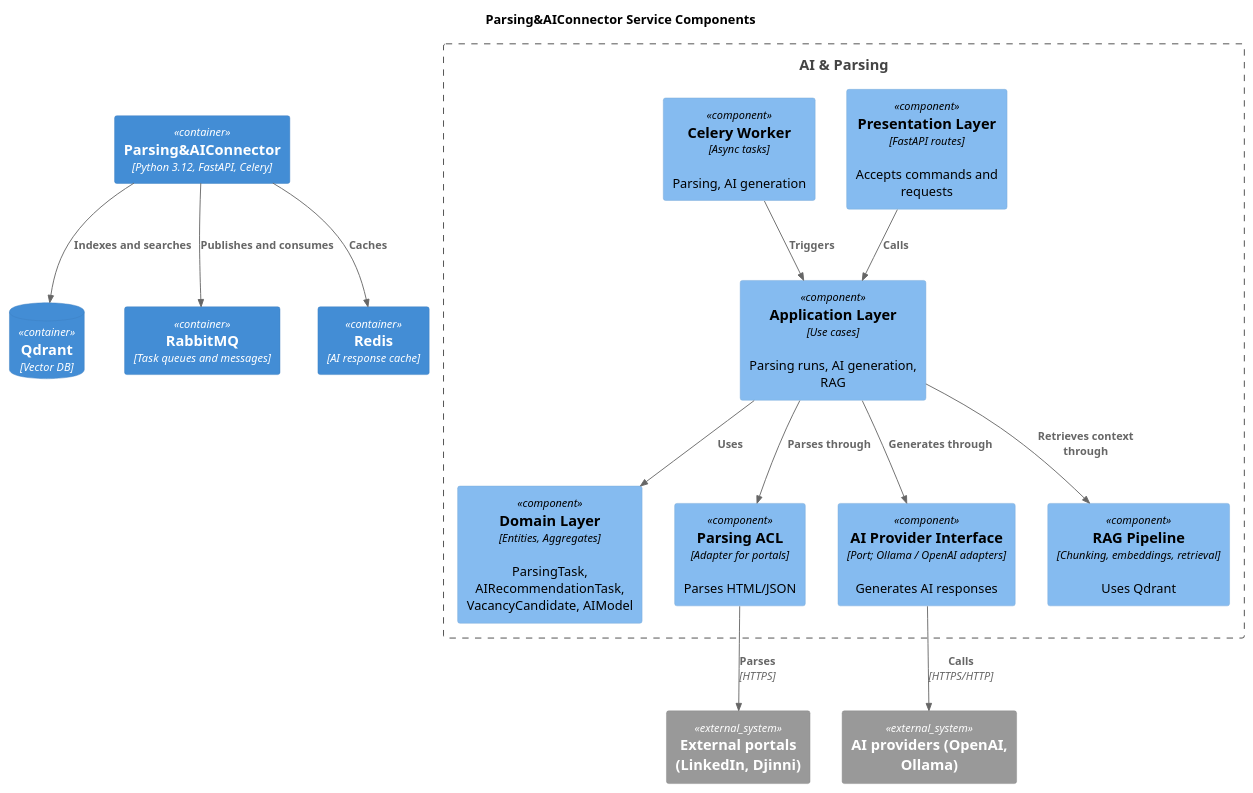
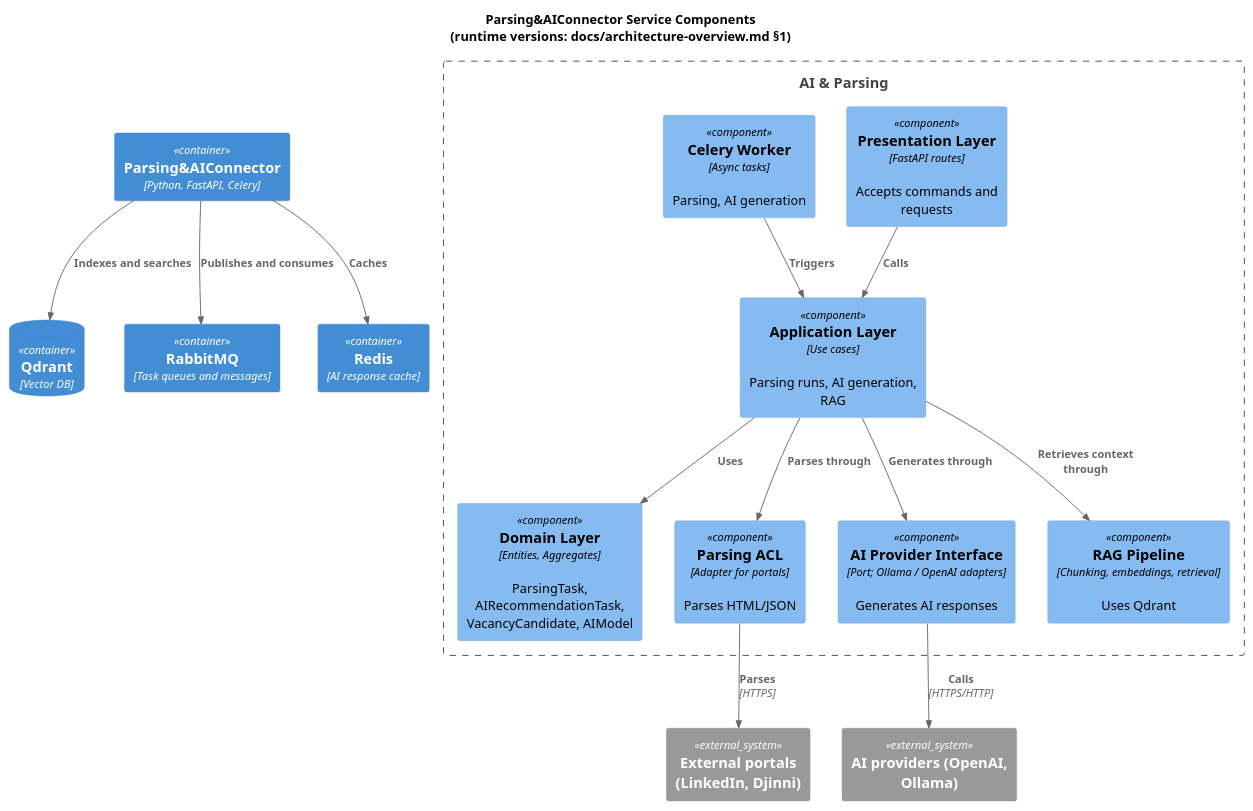
Before and after one commit to AIJobResearcher/docs: the diagram in docs/c4/components-parsing-ai.puml, drawn with PlantUML. The commit also changed 16 other files, not shown here.

```diff
--- a/docs/c4/components-parsing-ai.puml
+++ b/docs/c4/components-parsing-ai.puml
@@ -1,39 +1,39 @@
 @startuml
 !include https://raw.githubusercontent.com/plantuml-stdlib/C4-PlantUML/master/C4_Component.puml
 
-title Parsing&AIConnector Service Components
+title Parsing&AIConnector Service Components\n(runtime versions: docs/architecture-overview.md §1)
 
-Container(parsing_ai, "Parsing&AIConnector", "Python 3.12, FastAPI, Celery")
+Container(parsing_ai, "Parsing&AIConnector", "Python, FastAPI, Celery")
 
 Boundary(parsing_ai_boundary, "AI & Parsing") {
     Component(presentation, "Presentation Layer", "FastAPI routes", "Accepts commands and requests")
     Component(application, "Application Layer", "Use cases", "Parsing runs, AI generation, RAG")
     Component(domain, "Domain Layer", "Entities, Aggregates", "ParsingTask, AIRecommendationTask, VacancyCandidate, AIModel")
     Component(acl_parsing, "Parsing ACL", "Adapter for portals", "Parses HTML/JSON")
     Component(acl_ai, "AI Provider Interface", "Port; Ollama / OpenAI adapters", "Generates AI responses")
     Component(rag, "RAG Pipeline", "Chunking, embeddings, retrieval", "Uses Qdrant")
     Component(celery_worker, "Celery Worker", "Async tasks", "Parsing, AI generation")
 
     Rel(presentation, application, "Calls")
     Rel(application, domain, "Uses")
     Rel(application, acl_parsing, "Parses through")
     Rel(application, acl_ai, "Generates through")
     Rel(application, rag, "Retrieves context through")
     Rel(celery_worker, application, "Triggers")
 }
 
 ContainerDb(qdrant, "Qdrant", "Vector DB")
 Container(rabbitmq, "RabbitMQ", "Task queues and messages")
 Container(redis, "Redis", "AI response cache")
 
 System_Ext(portal, "External portals (LinkedIn, Djinni)")
 System_Ext(ai_provider, "AI providers (OpenAI, Ollama)")
 
 Rel(parsing_ai, qdrant, "Indexes and searches")
 Rel(parsing_ai, rabbitmq, "Publishes and consumes")
 Rel(parsing_ai, redis, "Caches")
 
 Rel(acl_parsing, portal, "Parses", "HTTPS")
 Rel(acl_ai, ai_provider, "Calls", "HTTPS/HTTP")
 
 @enduml
```
